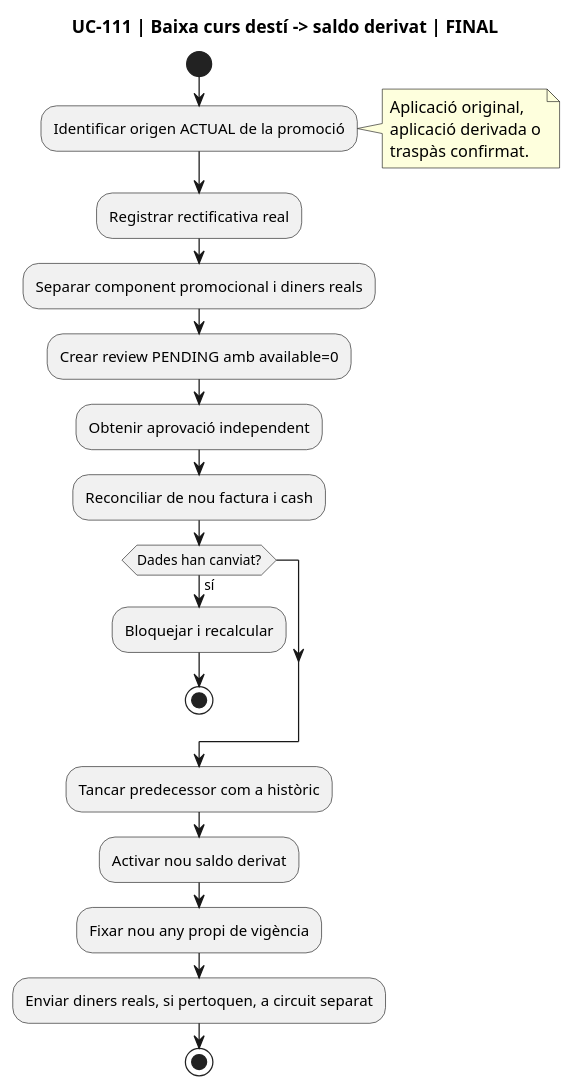
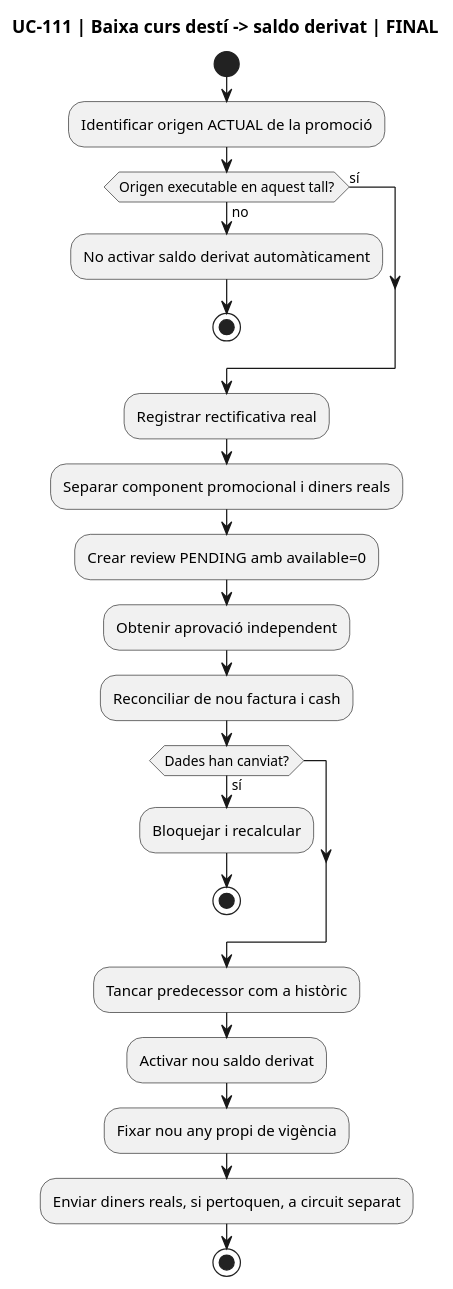
The tenth of 12 diagrams in documentacio/07-uml-integrat/uc-111-activitats-actual-final.md (orgmeriemprismacat-del/verifactu), drawn with PlantUML before and after one commit.

Commit message:
docs UC-111: make unsupported derived/successive cancellation branches explicit in activity and traceability views

````diff
--- a/documentacio/07-uml-integrat/uc-111-activitats-actual-final.md
+++ b/documentacio/07-uml-integrat/uc-111-activitats-actual-final.md
@@ -296,26 +296,36 @@
 ```plantuml
 @startuml
 title UC-111 | Baixa curs destí -> saldo derivat | FINAL
 start
 :Identificar origen ACTUAL de la promoció;
-note right
-  Aplicació original,
-  aplicació derivada o
-  traspàs confirmat.
-end note
+if (Origen executable en aquest tall?) then (sí)
+  note right
+    Cobert amb servei:
+    - aplicació original
+    - primer traspàs confirmat
+  end note
+else (no)
+  note right
+    Encara PENDENT de servei específic:
+    - derived_application APPLIED
+    - segon/tercer traspàs
+  end note
+  :No activar saldo derivat automàticament;
+  stop
+endif
 :Registrar rectificativa real;
 :Separar component promocional i diners reals;
 :Crear review PENDING amb available=0;
 :Obtenir aprovació independent;
 :Reconciliar de nou factura i cash;
 if (Dades han canviat?) then (sí)
   :Bloquejar i recalcular;
   stop
 endif
 :Tancar predecessor com a històric;
 :Activar nou saldo derivat;
 :Fixar nou any propi de vigència;
 :Enviar diners reals, si pertoquen, a circuit separat;
 stop
 @enduml
 ```
````
